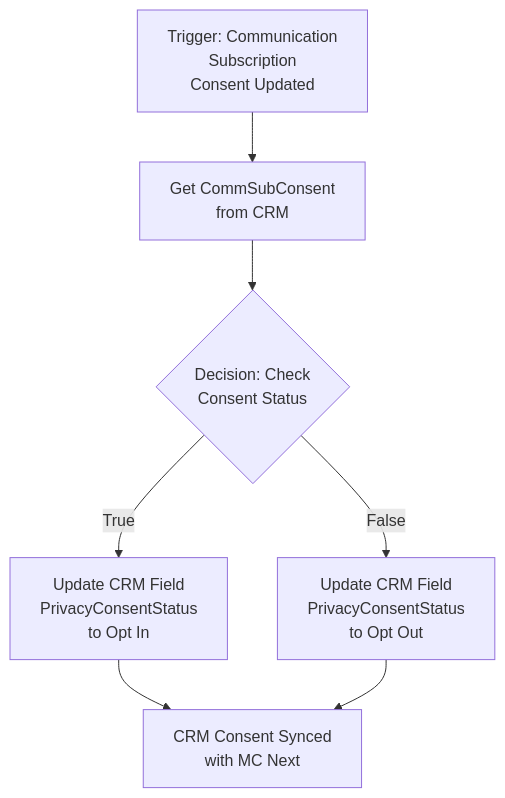
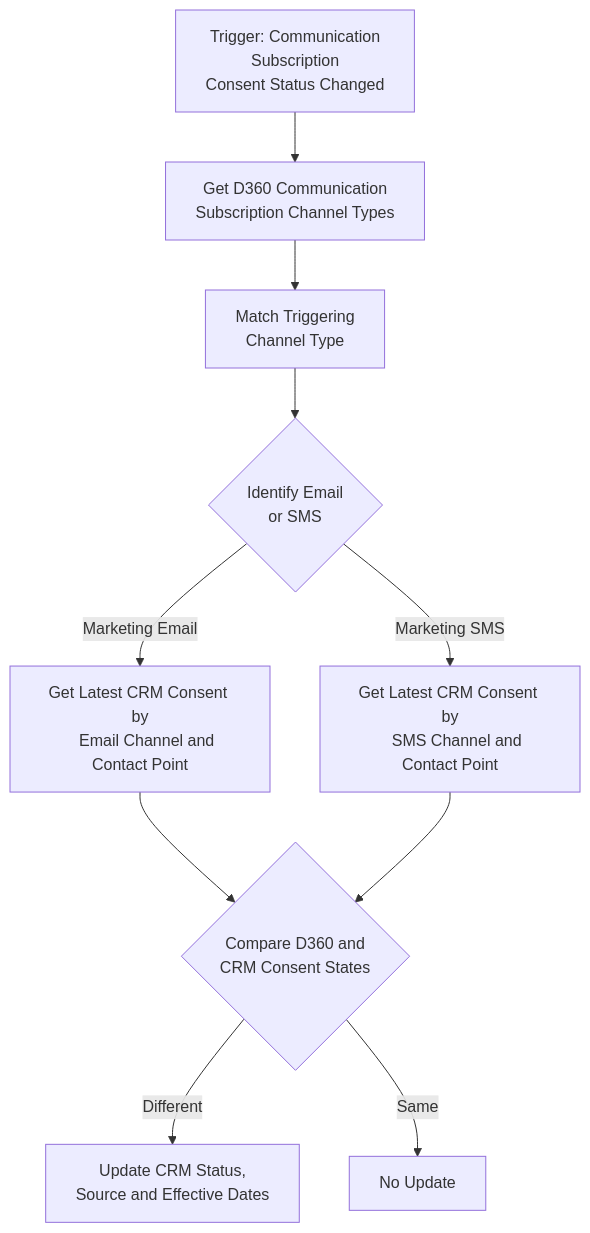
The second of 3 diagrams in src/content/blog/how-to-keep-consent-in-sync-between-salesforce-data-360-and-marketing-cloud-next.mdx (hipoliciak/modrzejewski_it_website), drawn with Mermaid before and after one commit. The commit also changed other lines of this file and 15 other files, not shown here.

````diff
--- a/src/content/blog/how-to-keep-consent-in-sync-between-salesforce-data-360-and-marketing-cloud-next.mdx
+++ b/src/content/blog/how-to-keep-consent-in-sync-between-salesforce-data-360-and-marketing-cloud-next.mdx
@@ -88,18 +95,21 @@
 ```mermaid
 graph TD
     A[Trigger: Communication
     Subscription
-    Consent Updated] --> B[Get CommSubConsent
-    from CRM]
-    B --> C{Decision: Check
-    Consent Status}
-    C -- True --> D["Update CRM Field
-    PrivacyConsentStatus
-    to Opt In"]
-    C -- False --> E["Update CRM Field
-    PrivacyConsentStatus
-    to Opt Out"]
-    D --> F[CRM Consent Synced
-    with MC Next]
-    E --> F
+    Consent Status Changed] --> B[Get D360 Communication
+    Subscription Channel Types]
+    B --> C[Match Triggering
+    Channel Type]
+    C --> D{Identify Email
+    or SMS}
+    D -- Marketing Email --> E[Get Latest CRM Consent by
+    Email Channel and Contact Point]
+    D -- Marketing SMS --> F[Get Latest CRM Consent by
+    SMS Channel and Contact Point]
+    E --> G{Compare D360 and
+    CRM Consent States}
+    F --> G
+    G -- Different --> H[Update CRM Status,
+    Source and Effective Dates]
+    G -- Same --> I[No Update]
 ```
````
